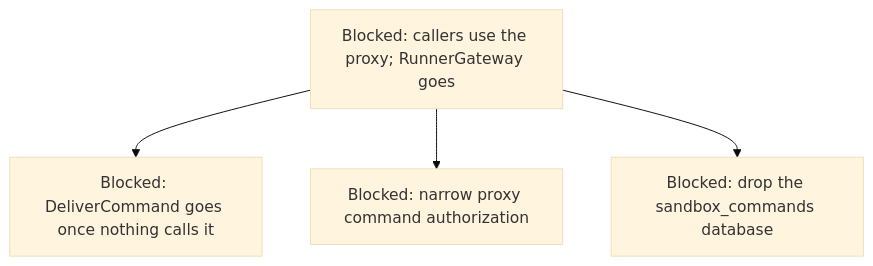
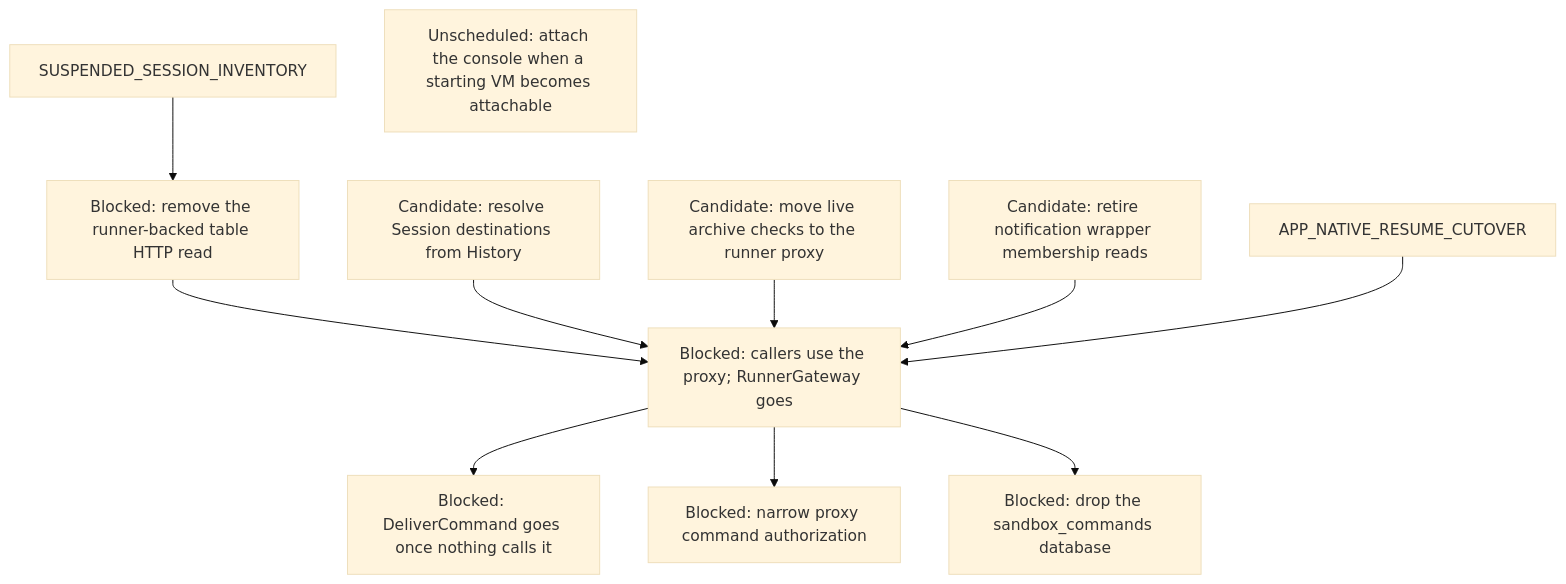
One commit to agentydragon/ducktape changed diagram 15 of 15 in agentplane/plans/task_dag.md. Above: the diagram before and after it, drawn with Mermaid (base theme). The commit also changed other lines of this file, not shown here.

Commit message:
Track remaining runner wrapper read retirements and console startup UX

````diff
--- a/agentplane/plans/task_dag.md
+++ b/agentplane/plans/task_dag.md
@@ -1094,10 +1094,17 @@
 ```mermaid
 flowchart TD
     RUNNER_COMMAND_RPCS[Blocked: DeliverCommand goes once nothing calls it]
     GATEWAY_WRAPPER_RETIRE --> RUNNER_COMMAND_RPCS
     GATEWAY_WRAPPER_RETIRE[Blocked: callers use the proxy; RunnerGateway goes]
+    SUSPENDED_SESSION_INVENTORY --> APP_SESSION_LIST_ROUTE_RETIRE[Blocked: remove the runner-backed table HTTP read]
+    APP_SESSION_LIST_ROUTE_RETIRE --> GATEWAY_WRAPPER_RETIRE
+    APP_SESSION_DESTINATION_HISTORY[Candidate: resolve Session destinations from History] --> GATEWAY_WRAPPER_RETIRE
+    APP_ARCHIVE_RUNNER_READ_MIGRATION[Candidate: move live archive checks to the runner proxy] --> GATEWAY_WRAPPER_RETIRE
+    NOTIFICATION_SESSION_MEMBERSHIP_MIGRATION[Candidate: retire notification wrapper membership reads] --> GATEWAY_WRAPPER_RETIRE
+    APP_NATIVE_RESUME_CUTOVER --> GATEWAY_WRAPPER_RETIRE
+    VM_CONSOLE_DEFERRED_ATTACH[Unscheduled: attach the console when a starting VM becomes attachable]
     GATEWAY_DATABASE_DROP[Blocked: drop the sandbox_commands database]
     PROXY_START_METHODS_DISPATCHER_ONLY[Blocked: narrow proxy command authorization]
     GATEWAY_WRAPPER_RETIRE --> PROXY_START_METHODS_DISPATCHER_ONLY
     GATEWAY_WRAPPER_RETIRE --> GATEWAY_DATABASE_DROP
 ```
````
